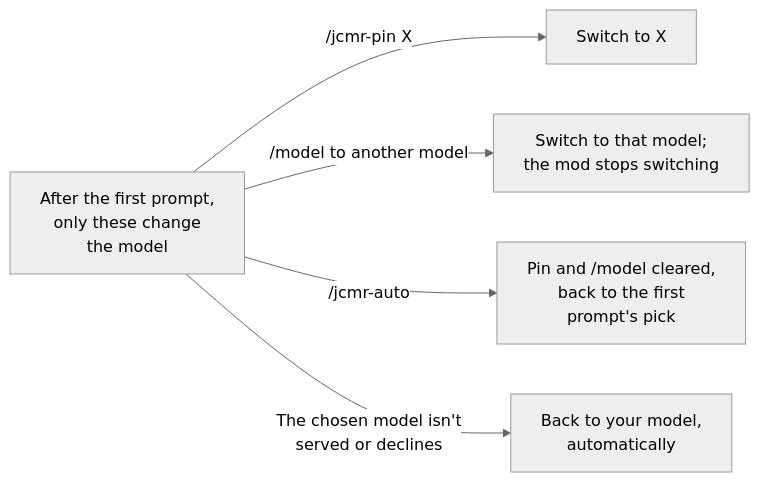
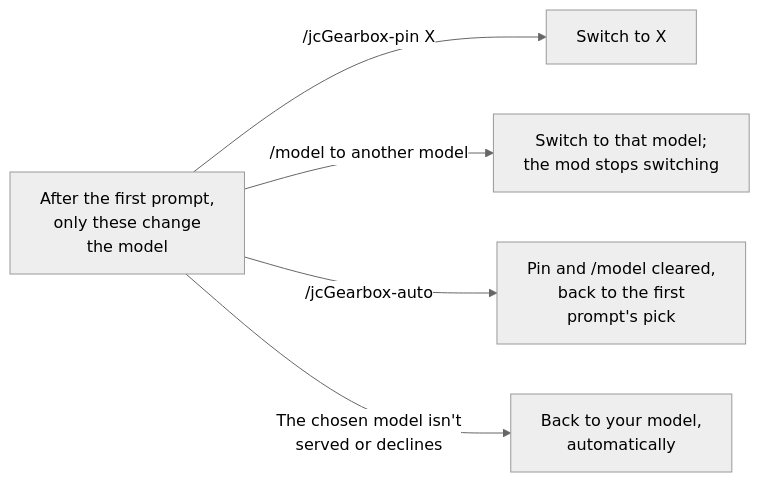
The second of 3 diagrams in README.md (KevinYu1580/jcGearbox), drawn with Mermaid (neutral theme) before and after one commit. The commit also changed other lines of this file and 9 other files, not shown here.

````diff
--- a/README.md
+++ b/README.md
@@ -60,8 +60,8 @@
 ```mermaid
 flowchart LR
     C["After the first prompt,<br/>only these change<br/>the model"]
-    C -->|"/jcmr-pin X"| X["Switch to X"]
+    C -->|"/jcGearbox-pin X"| X["Switch to X"]
     C -->|"/model to another model"| U["Switch to that model;<br/>the mod stops switching"]
-    C -->|"/jcmr-auto"| A["Pin and /model cleared,<br/>back to the first<br/>prompt's pick"]
+    C -->|"/jcGearbox-auto"| A["Pin and /model cleared,<br/>back to the first<br/>prompt's pick"]
     C -->|"The chosen model isn't<br/>served or declines"| S["Back to your model,<br/>automatically"]
 ```
````
